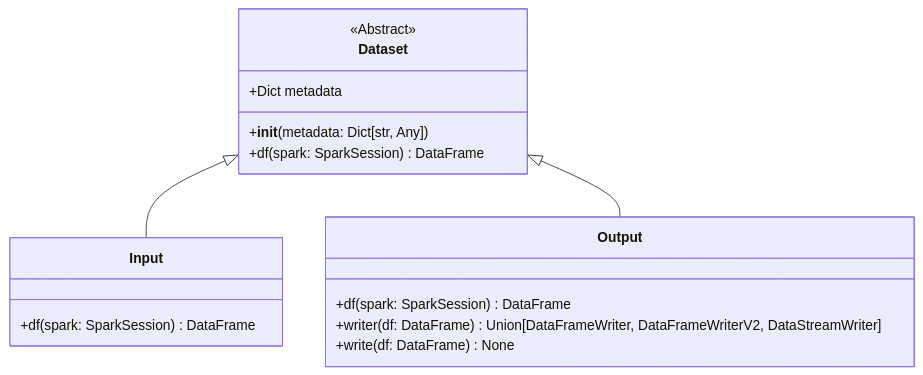
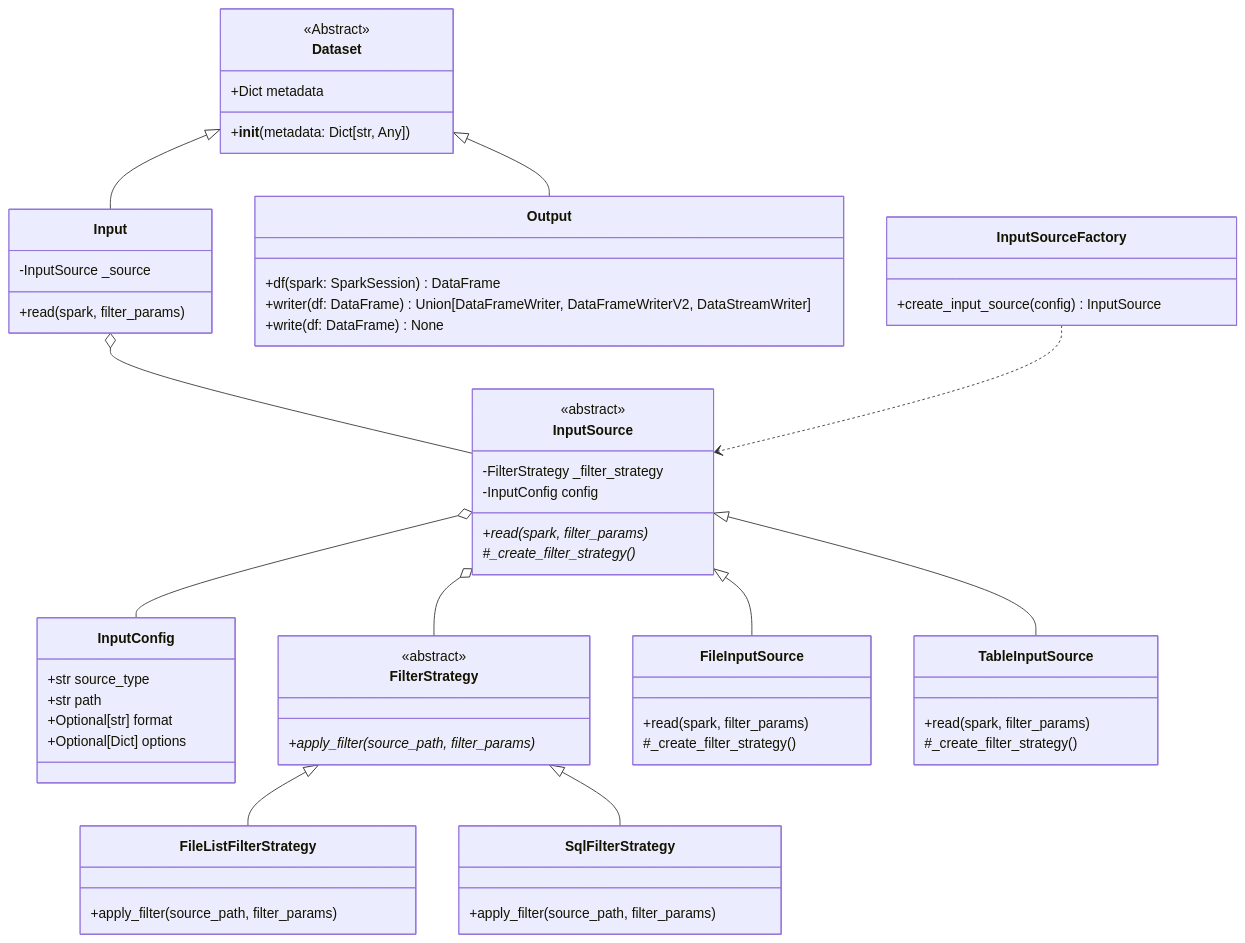
The diagram in docs/io/classes.mermaid (zeta-co/dtb), drawn with Mermaid before and after one commit. The commit also changed 9 other files, not shown here.

```diff
--- a/docs/io/classes.mermaid
+++ b/docs/io/classes.mermaid
@@ -1,17 +1,71 @@
 classDiagram
+
     class Dataset {
         <<Abstract>>
         +Dict metadata
         +__init__(metadata: Dict[str, Any])
-        +df(spark: SparkSession) DataFrame
     }
+
     class Input {
-        +df(spark: SparkSession) DataFrame
+        -InputSource _source
+        +read(spark, filter_params)
     }
+
     class Output {
         +df(spark: SparkSession) DataFrame
         +writer(df: DataFrame) Union[DataFrameWriter, DataFrameWriterV2, DataStreamWriter]
         +write(df: DataFrame) None
     }
+
+    class InputConfig {
+        +str source_type
+        +str path
+        +Optional[str] format
+        +Optional[Dict] options
+    }
+
+    class FilterStrategy {
+        <<abstract>>
+        +apply_filter(source_path, filter_params)*
+    }
+
+    class FileListFilterStrategy {
+        +apply_filter(source_path, filter_params)
+    }
+
+    class SqlFilterStrategy {
+        +apply_filter(source_path, filter_params)
+    }
+
+    class InputSourceFactory {
+        +create_input_source(config) InputSource
+    }
+
+    class InputSource {
+        <<abstract>>
+        -FilterStrategy _filter_strategy
+        -InputConfig config
+        +read(spark, filter_params)*
+        #_create_filter_strategy()*
+    }
+
+    class FileInputSource {
+        +read(spark, filter_params)
+        #_create_filter_strategy()
+    }
+
+    class TableInputSource {
+        +read(spark, filter_params)
+        #_create_filter_strategy()
+    }
+
     Dataset <|-- Input
     Dataset <|-- Output
+    FilterStrategy <|-- FileListFilterStrategy
+    FilterStrategy <|-- SqlFilterStrategy
+    InputSource <|-- FileInputSource
+    InputSource <|-- TableInputSource
+    InputSource o-- FilterStrategy
+    Input o-- InputSource
+    InputSourceFactory ..> InputSource
+    InputSource o-- InputConfig
```
